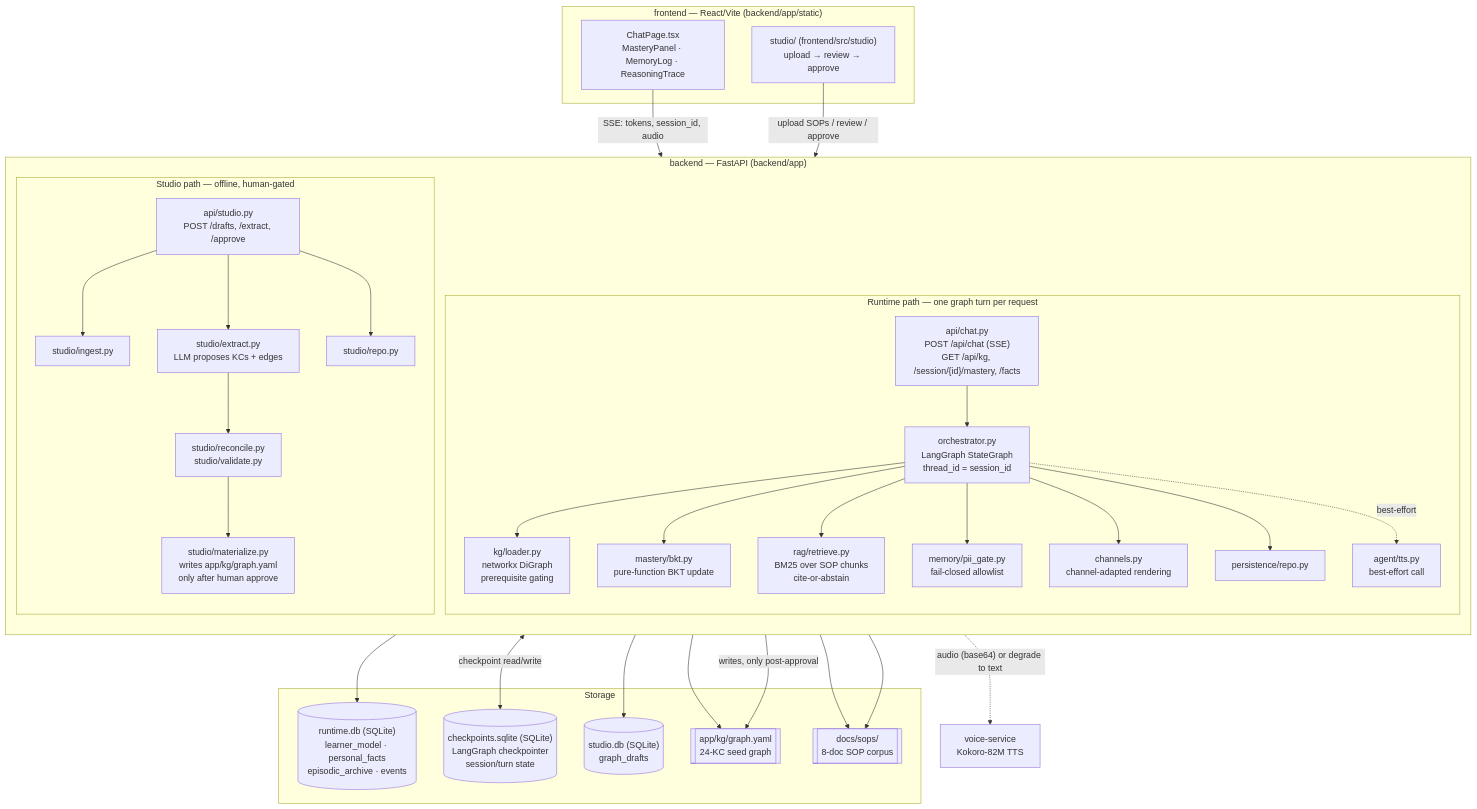
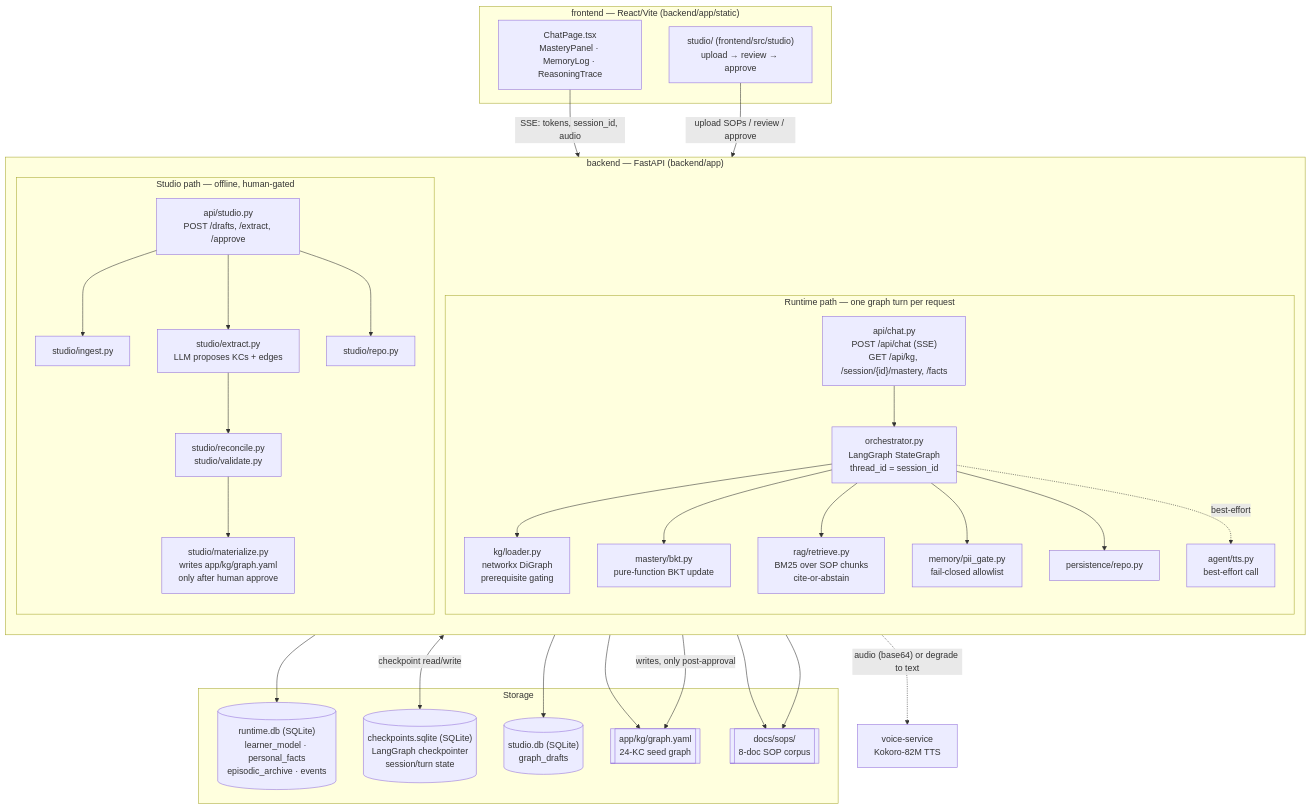
One commit to manuelmarting/hr-training-agentic-system changed the first of 2 diagrams in README.md. Above: the diagram before and after it, drawn with Mermaid. The commit also changed other lines of this file and 71 other files, not shown here.

````diff
--- a/README.md
+++ b/README.md
@@ -23,59 +23,57 @@
 ```mermaid
 flowchart TB
     subgraph FE["frontend — React/Vite (backend/app/static)"]
         Chat["ChatPage.tsx\nMasteryPanel · MemoryLog · ReasoningTrace"]
         Studio["studio/ (frontend/src/studio)\nupload → review → approve"]
     end
 
     subgraph BE["backend — FastAPI (backend/app)"]
         direction TB
 
         subgraph RuntimePath["Runtime path — one graph turn per request"]
             ChatAPI["api/chat.py\nPOST /api/chat (SSE)\nGET /api/kg, /session/{id}/mastery, /facts"]
             Orchestrator["orchestrator.py\nLangGraph StateGraph\nthread_id = session_id"]
             KG["kg/loader.py\nnetworkx DiGraph\nprerequisite gating"]
             BKT["mastery/bkt.py\npure-function BKT update"]
             RAG["rag/retrieve.py\nBM25 over SOP chunks\ncite-or-abstain"]
             PII["memory/pii_gate.py\nfail-closed allowlist"]
-            Channels["channels.py\nchannel-adapted rendering"]
             Repo["persistence/repo.py"]
             TTSClient["agent/tts.py\nbest-effort call"]
         end
 
         subgraph StudioPath["Studio path — offline, human-gated"]
             StudioAPI["api/studio.py\nPOST /drafts, /extract, /approve"]
             Ingest["studio/ingest.py"]
             Extract["studio/extract.py\nLLM proposes KCs + edges"]
             Reconcile["studio/reconcile.py\nstudio/validate.py"]
             Materialize["studio/materialize.py\nwrites app/kg/graph.yaml\nonly after human approve"]
             StudioRepo["studio/repo.py"]
         end
     end
 
     subgraph Data["Storage"]
         RuntimeDB[("runtime.db (SQLite)\nlearner_model · personal_facts\nepisodic_archive · events")]
         CheckpointDB[("checkpoints.sqlite (SQLite)\nLangGraph checkpointer\nsession/turn state")]
         StudioDB[("studio.db (SQLite)\ngraph_drafts")]
         KGYaml[["app/kg/graph.yaml\n24-KC seed graph"]]
         SOPs[["docs/sops/\n8-doc SOP corpus"]]
     end
 
     Voice["voice-service\nKokoro-82M TTS"]
 
     Chat -- "SSE: tokens, session_id, audio" --> ChatAPI
     ChatAPI --> Orchestrator
     Orchestrator <-- "checkpoint read/write" --> CheckpointDB
     Orchestrator --> KG --> KGYaml
     Orchestrator --> BKT
     Orchestrator --> RAG --> SOPs
     Orchestrator --> PII
-    Orchestrator --> Channels
     Orchestrator --> Repo --> RuntimeDB
     Orchestrator -. "best-effort" .-> TTSClient -. "audio (base64) or degrade to text" .-> Voice
 
     Studio -- "upload SOPs / review / approve" --> StudioAPI
     StudioAPI --> Ingest --> SOPs
     StudioAPI --> Extract --> Reconcile --> Materialize
     StudioAPI --> StudioRepo --> StudioDB
     Materialize -- "writes, only post-approval" --> KGYaml
 ```
````
